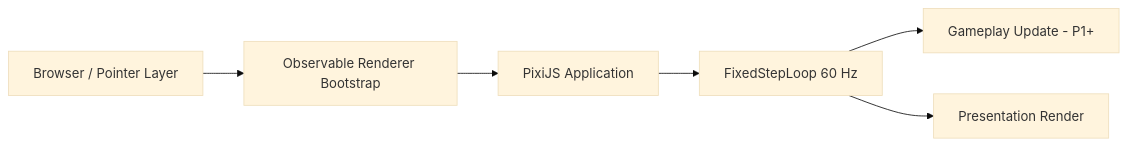
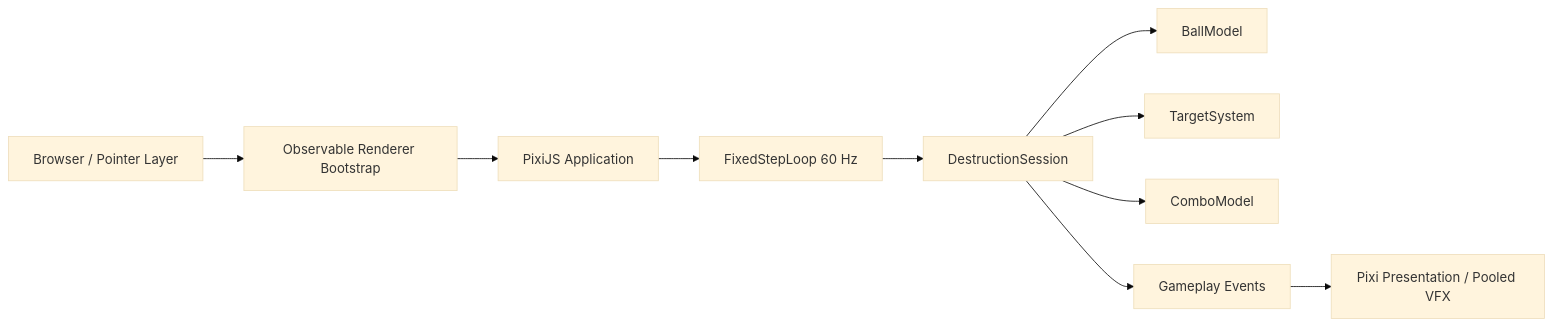
The diagram in rune-ball/README.md (zeroLR/2D-game-playground), drawn with Mermaid (base theme) before and after one commit. The commit also changed other lines of this file and 8 other files, not shown here.

````diff
--- a/rune-ball/README.md
+++ b/rune-ball/README.md
@@ -22,8 +34,12 @@
 ```mermaid
 flowchart LR
   Browser[Browser / Pointer Layer] --> Bootstrap[Observable Renderer Bootstrap]
   Bootstrap --> Pixi[PixiJS Application]
   Pixi --> Loop[FixedStepLoop 60 Hz]
-  Loop --> Domain[Gameplay Update - P1+]
-  Loop --> Scene[Presentation Render]
+  Loop --> Session[DestructionSession]
+  Session --> Ball[BallModel]
+  Session --> Targets[TargetSystem]
+  Session --> Combo[ComboModel]
+  Session --> Events[Gameplay Events]
+  Events --> Scene[Pixi Presentation / Pooled VFX]
 ```
````
